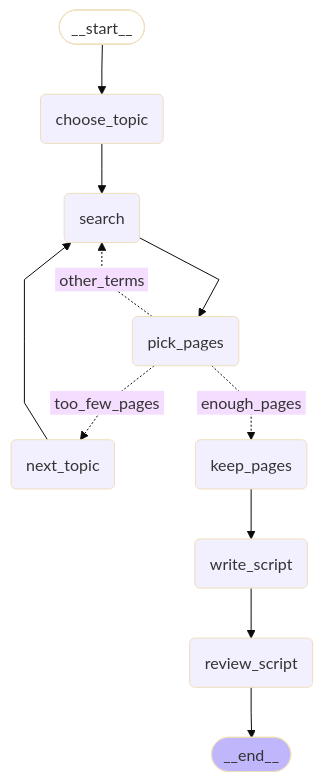
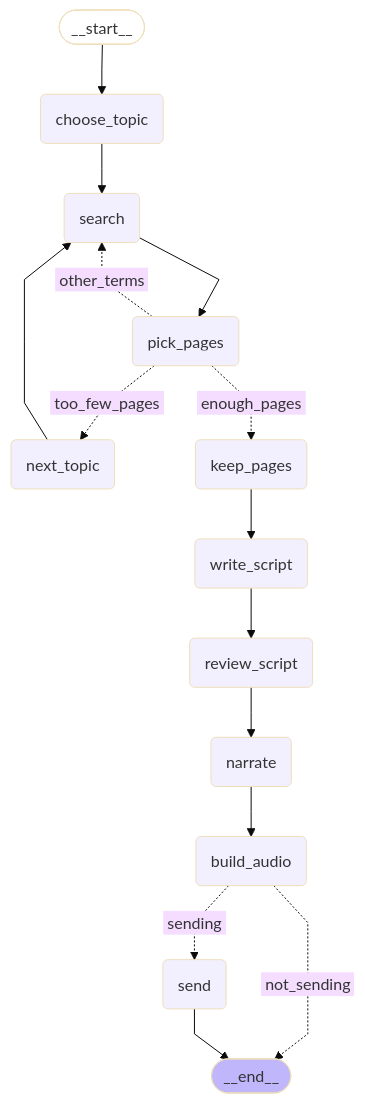
One commit to luis-fk/projects changed the diagram in backend/news_podcast/README.md. Above: the diagram before and after it, drawn with Mermaid (base theme). The commit also changed other lines of this file and 17 other files, not shown here.

Commit message:
news_podcast's lesson graph voices, builds and sends the lesson, the lesson action makes one on demand, and its row keeps its topic, pages and cost

````diff
--- a/backend/news_podcast/README.md
+++ b/backend/news_podcast/README.md
@@ -230,30 +232,37 @@
 ```mermaid
 ---
 config:
   flowchart:
     curve: linear
 ---
 graph TD;
 	__start__([<p>__start__</p>]):::first
 	choose_topic(choose_topic)
 	search(search)
 	pick_pages(pick_pages)
 	next_topic(next_topic)
 	keep_pages(keep_pages)
 	write_script(write_script)
 	review_script(review_script)
+	narrate(narrate)
+	build_audio(build_audio)
+	send(send)
 	__end__([<p>__end__</p>]):::last
 	__start__ --> choose_topic;
+	build_audio -. &nbsp;not_sending&nbsp; .-> __end__;
+	build_audio -. &nbsp;sending&nbsp; .-> send;
 	choose_topic --> search;
 	keep_pages --> write_script;
+	narrate --> build_audio;
 	next_topic --> search;
 	pick_pages -. &nbsp;enough_pages&nbsp; .-> keep_pages;
 	pick_pages -. &nbsp;too_few_pages&nbsp; .-> next_topic;
 	pick_pages -. &nbsp;other_terms&nbsp; .-> search;
+	review_script --> narrate;
 	search --> pick_pages;
 	write_script --> review_script;
-	review_script --> __end__;
+	send --> __end__;
 	classDef default fill:#f2f0ff,line-height:1.2
 	classDef first fill-opacity:0
 	classDef last fill:#bfb6fc
 ```
````
